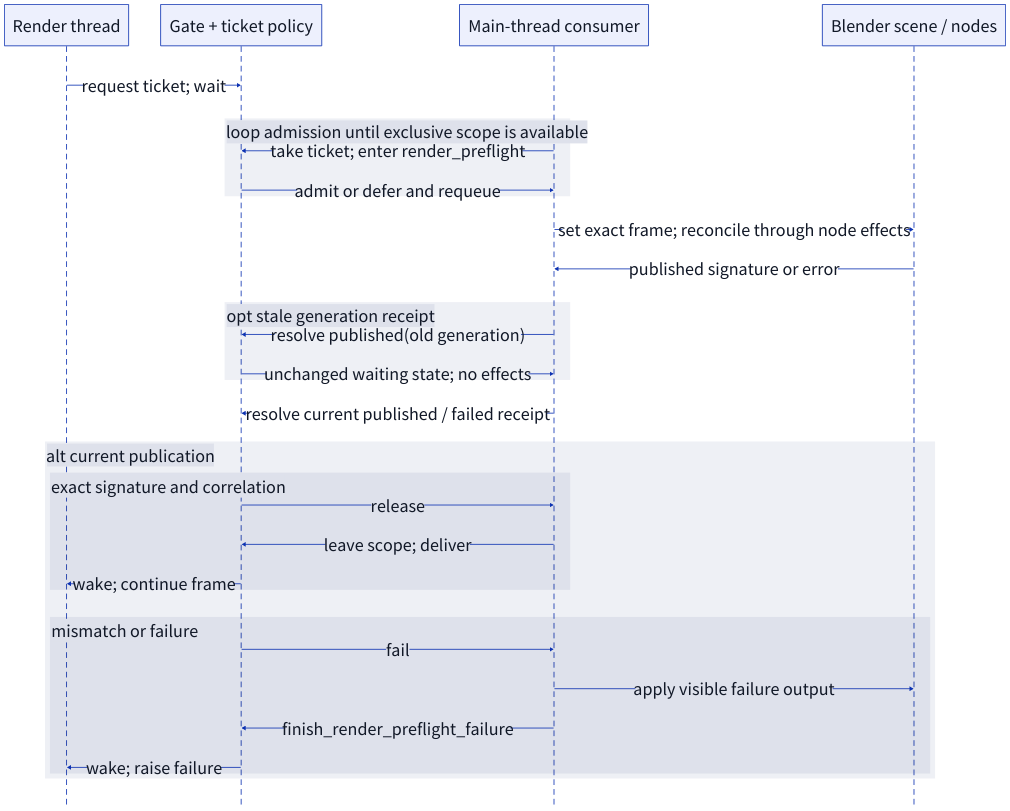
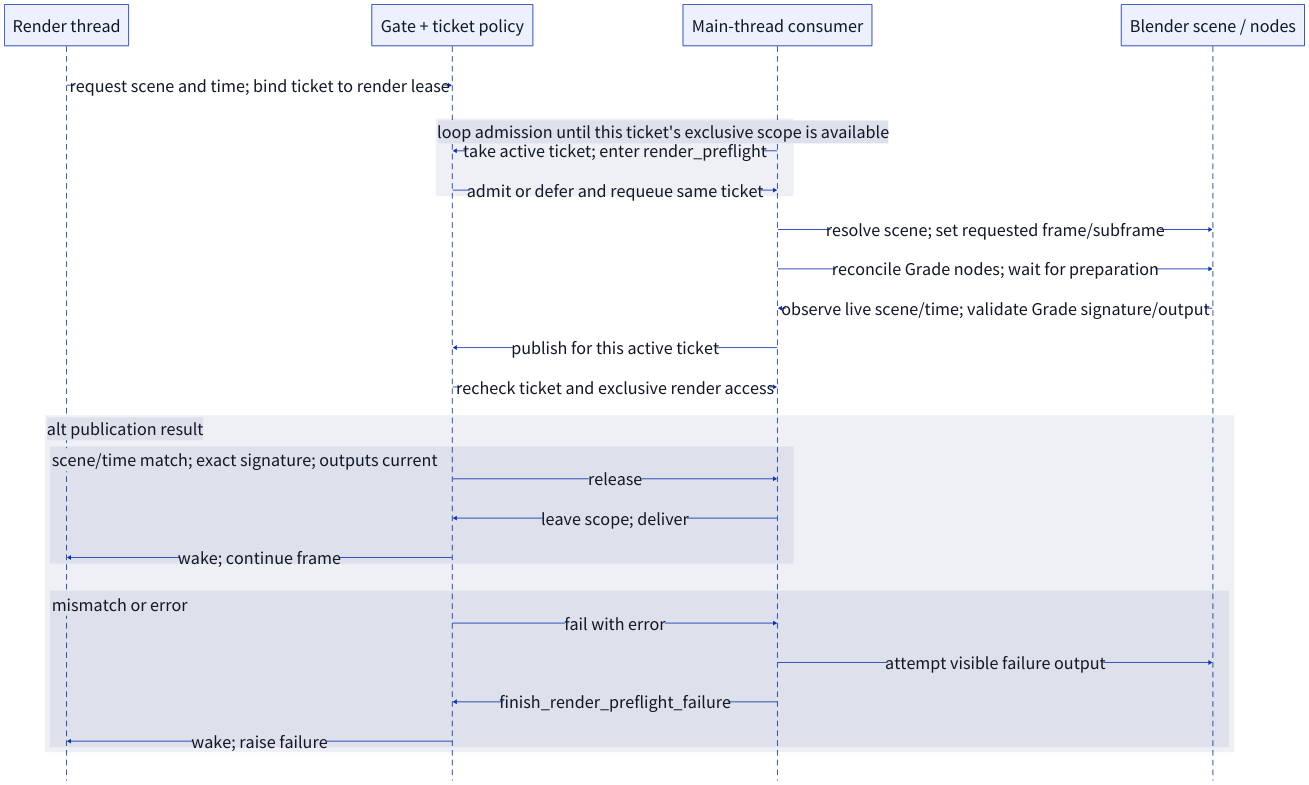
Before and after one commit to rei277hz/chromaticity: the diagram in products/perceptual-grade-book/docs/book/diagrams/08-render-preflight-sequence.d2, drawn with D2. The commit also changed 103 other files, not shown here.

First line of the commit message:
Simplify Next Blender policies and remove the publication comparison (#28)

```diff
--- a/products/perceptual-grade-book/docs/book/diagrams/08-render-preflight-sequence.d2
+++ b/products/perceptual-grade-book/docs/book/diagrams/08-render-preflight-sequence.d2
@@ -1,39 +1,37 @@
 shape: sequence_diagram
 
 render: "Render thread"
 gate: "Gate + ticket policy"
 consumer: "Main-thread consumer"
 blender: "Blender scene / nodes"
 
-render -> gate: "request ticket; wait"
-loop admission until exclusive scope is available: {
-  consumer -> gate: "take ticket; enter render_preflight"
-  gate -> consumer: "admit or defer and requeue"
+render -> gate: "request scene and time; bind ticket to render lease"
+loop admission until this ticket's exclusive scope is available: {
+  consumer -> gate: "take active ticket; enter render_preflight"
+  gate -> consumer: "admit or defer and requeue same ticket"
 }
-consumer -> blender: "set exact frame; reconcile through node effects"
-blender -> consumer: "published signature or error"
-opt stale generation receipt: {
-  consumer -> gate: "resolve published(old generation)"
-  gate -> consumer: "unchanged waiting state; no effects"
-}
-consumer -> gate: "resolve current published / failed receipt"
-alt current publication: {
-  exact: "exact signature and correlation" {
+consumer -> blender: "resolve scene; set requested frame/subframe"
+consumer -> blender: "reconcile Grade nodes; wait for preparation"
+blender -> consumer: "observe live scene/time; validate Grade signature/output"
+consumer -> gate: "publish for this active ticket"
+gate -> consumer: "recheck ticket and exclusive render access"
+alt publication result: {
+  exact: "scene/time match; exact signature; outputs current" {
     gate -> consumer: "release"
     consumer -> gate: "leave scope; deliver"
     gate -> render: "wake; continue frame"
   }
-  failed: "mismatch or failure" {
-    gate -> consumer: "fail"
-    consumer -> blender: "apply visible failure output"
+  failed: "mismatch or error" {
+    gate -> consumer: "fail with error"
+    consumer -> blender: "attempt visible failure output"
     consumer -> gate: "finish_render_preflight_failure"
     gate -> render: "wake; raise failure"
   }
 }
 
 **.style.font-size: 44
 (** -> **)[*].style.font-size: 44
 **.style.font-color: "#111827"
 **.style.italic: false
 (** -> **)[*].style.font-color: "#111827"
 (** -> **)[*].style.italic: false
```
